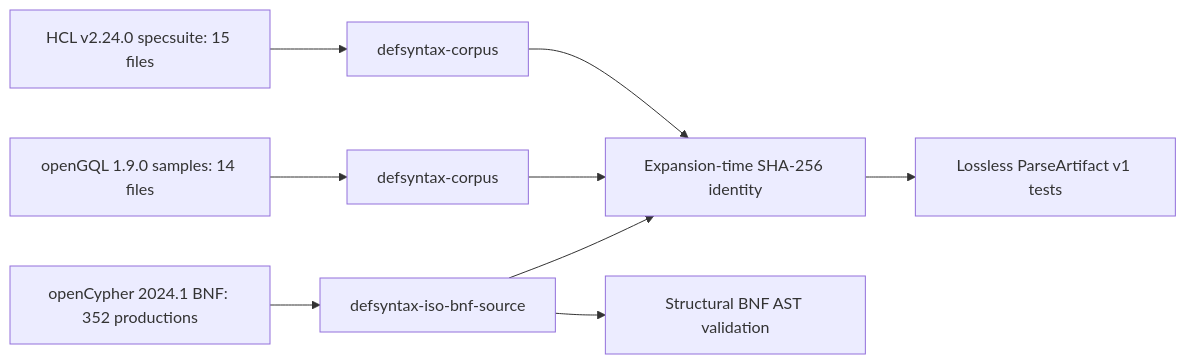
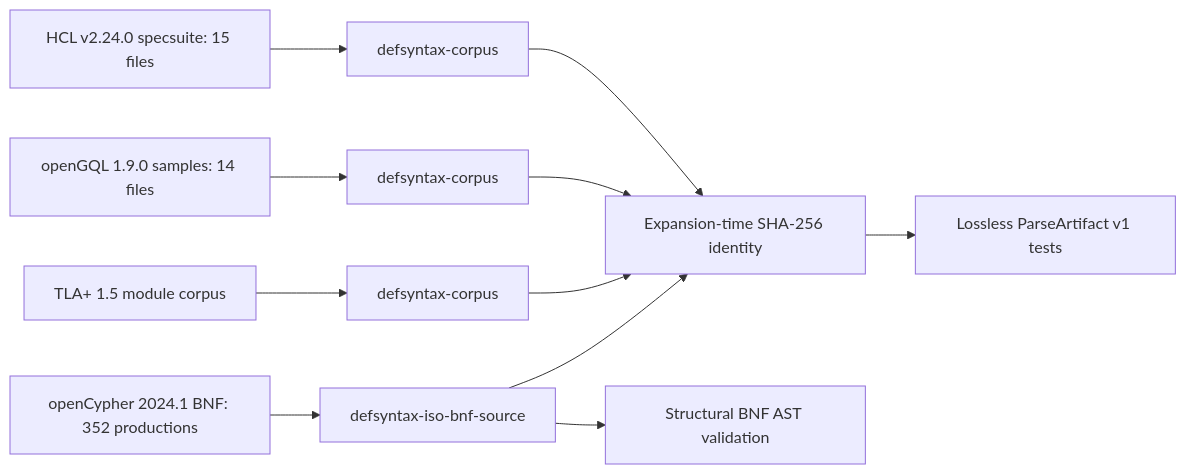
Before and after one commit to tao3k/gerbil-parser: the diagram in docs/audit/upstream-corpus-provenance.org, drawn with Mermaid. The commit also changed other lines of this file and 14 other files, not shown here.

```diff
--- a/docs/audit/upstream-corpus-provenance.org
+++ b/docs/audit/upstream-corpus-provenance.org
@@ -22,11 +28,13 @@
 #+begin_src mermaid
 flowchart LR
   H[HCL v2.24.0 specsuite: 15 files] --> HM[defsyntax-corpus]
   G[openGQL 1.9.0 samples: 14 files] --> GM[defsyntax-corpus]
   C[openCypher 2024.1 BNF: 352 productions] --> CM[defsyntax-iso-bnf-source]
+  T[TLA+ 1.5 module corpus] --> TM[defsyntax-corpus]
   HM --> D[Expansion-time SHA-256 identity]
   GM --> D
+  TM --> D
   CM --> D
   CM --> B[Structural BNF AST validation]
   D --> P[Lossless ParseArtifact v1 tests]
 #+end_src
```
